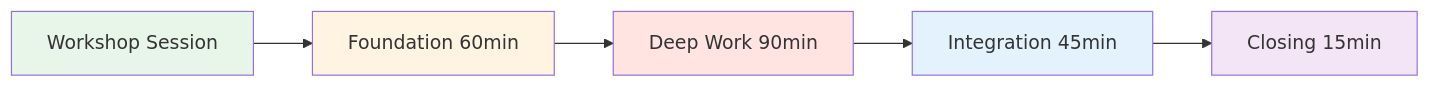
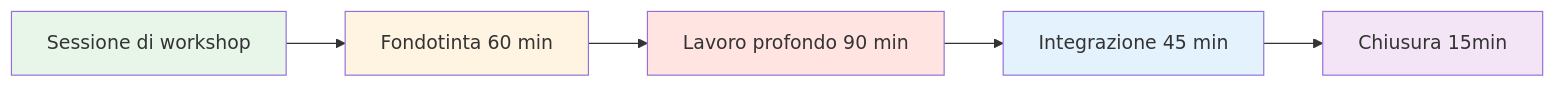
The first of 4 diagrams in docs/it/workshop.md (patwii/petanque-academy), drawn with Mermaid before and after one commit. The commit also changed other lines of this file and 532 other files, not shown here.

````diff
--- a/docs/it/workshop.md
+++ b/docs/it/workshop.md
@@ -13,13 +49,13 @@
 ```mermaid
 graph LR
-    A[Workshop Session] --> B[Foundation 60min]
-    B --> C[Deep Work 90min]
-    C --> D[Integration 45min]
-    D --> E[Closing 15min]
+    A[Sessione di workshop] --> B[Fondotinta 60 min]
+    B --> C[Lavoro profondo 90 min]
+    C --> D[Integrazione 45 min]
+    D --> E[Chiusura 15min]
 
     style A fill:#e8f5e9
     style B fill:#fff4e1
     style C fill:#ffe4e1
     style D fill:#e3f2fd
     style E fill:#f3e5f5
 ```
````
